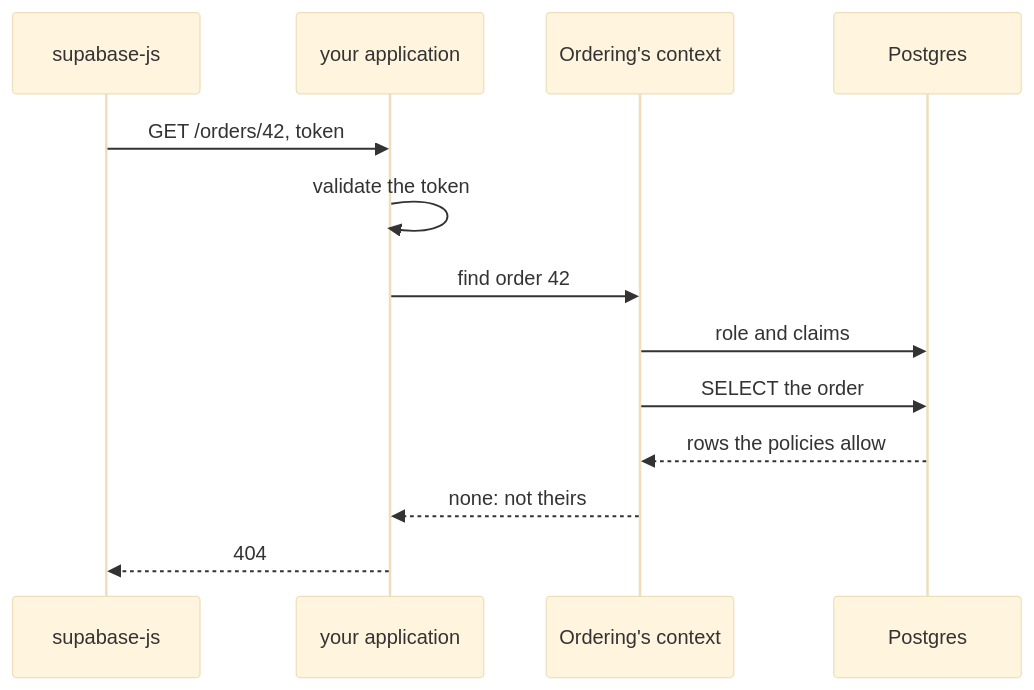
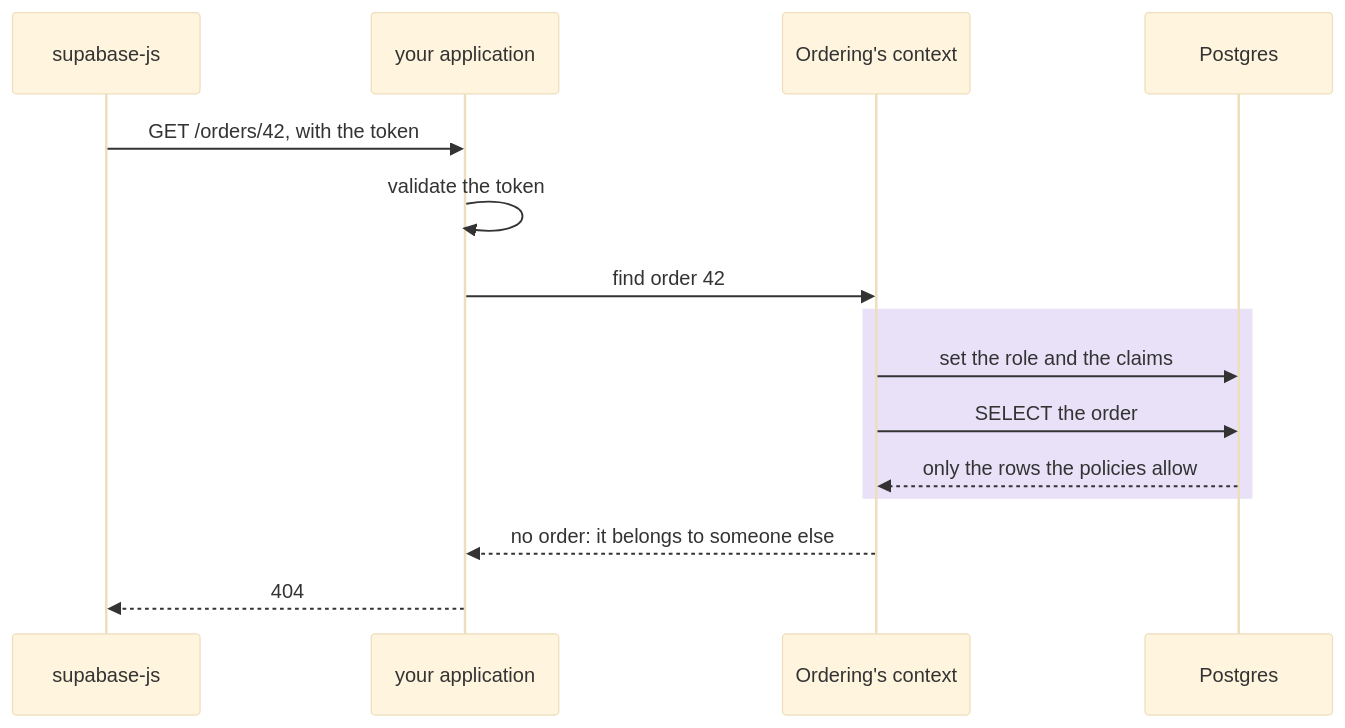
The fourth of 10 diagrams in docs/supabase.md (DylanSnel/DDDToolkit), drawn with Mermaid (base theme) before and after one commit. The commit also changed other lines of this file and 41 other files, not shown here.

First line of the commit message:
Docs: plain prose, one word per concept, and readable diagrams on every page

````diff
--- a/docs/supabase.md
+++ b/docs/supabase.md
@@ -465,15 +539,17 @@
 ```mermaid
 sequenceDiagram
     participant Client as supabase-js
     participant Api as your application
     participant Context as Ordering's context
     participant Postgres
-    Client->>Api: GET /orders/42, token
+    Client->>Api: GET /orders/42, with the token
     Api->>Api: validate the token
     Api->>Context: find order 42
-    Context->>Postgres: role and claims
-    Context->>Postgres: SELECT the order
-    Postgres-->>Context: rows the policies allow
-    Context-->>Api: none: not theirs
+    rect rgba(91, 46, 201, 0.14)
+        Context->>Postgres: set the role and the claims
+        Context->>Postgres: SELECT the order
+        Postgres-->>Context: only the rows the policies allow
+    end
+    Context-->>Api: no order: it belongs to someone else
     Api-->>Client: 404
 ```
````
